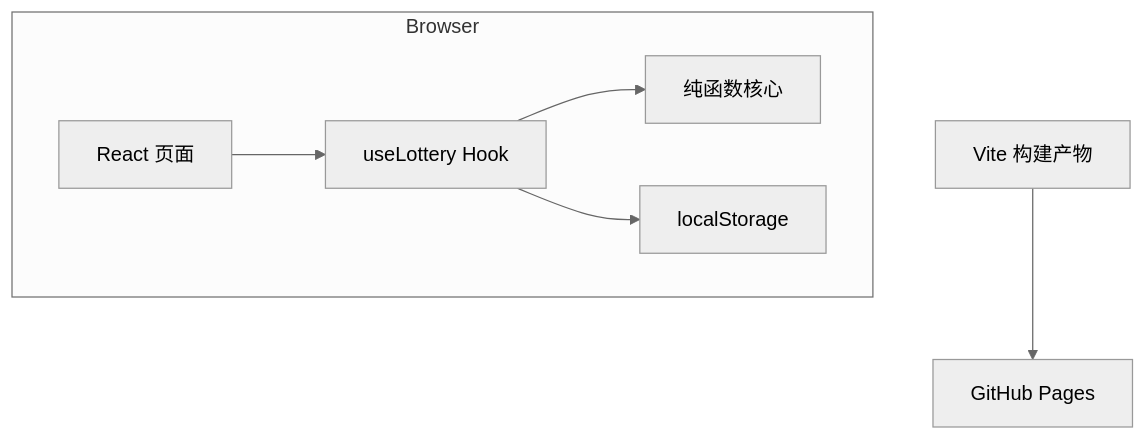
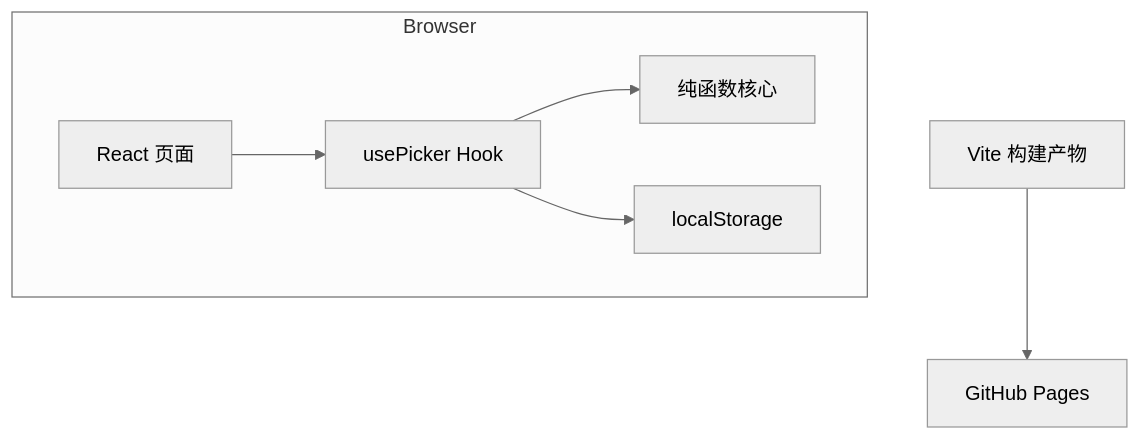
One commit to hotpotcloud/lucky-picks changed the first of 2 diagrams in docs/architecture.md. Above: the diagram before and after it, drawn with Mermaid (neutral theme). The commit also changed other lines of this file and 72 other files, not shown here.

````diff
--- a/docs/architecture.md
+++ b/docs/architecture.md
@@ -7,9 +7,9 @@
 ```mermaid
 flowchart TB
   subgraph Browser
-    Page[React 页面] --> Hook[useLottery Hook]
+    Page[React 页面] --> Hook[usePicker Hook]
     Hook --> Core[纯函数核心]
     Hook --> Store[localStorage]
   end
   Build[Vite 构建产物] --> Pages[GitHub Pages]
 ```
````
